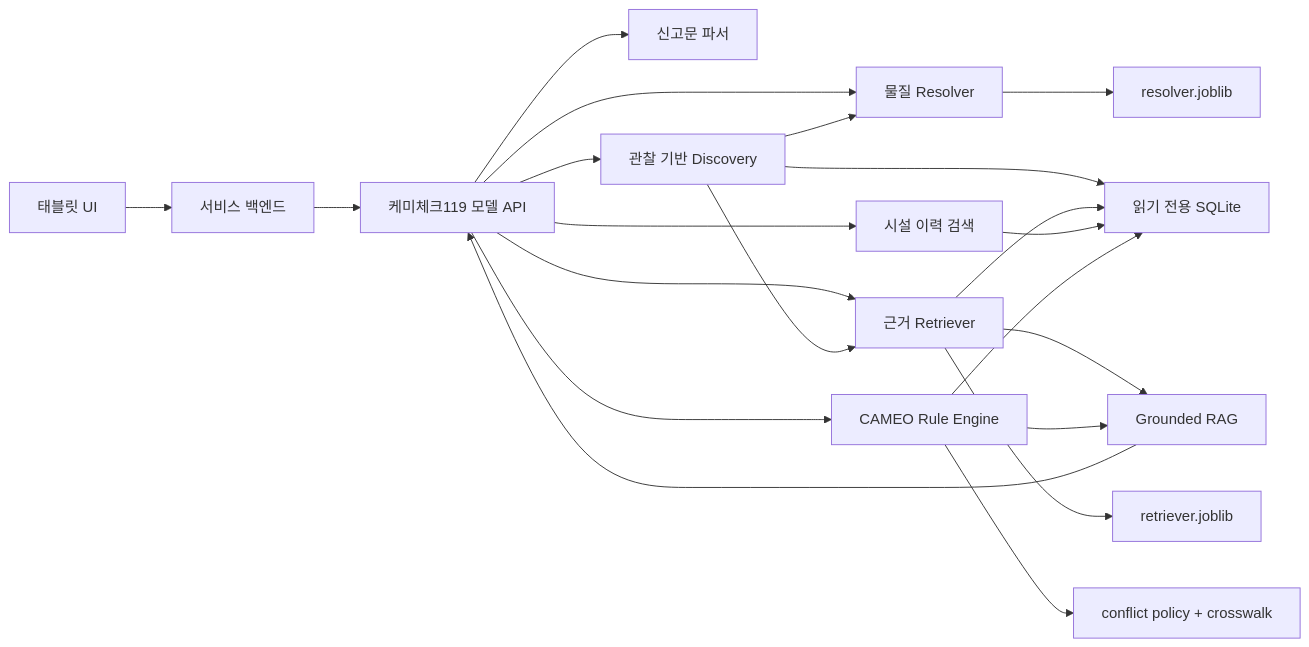
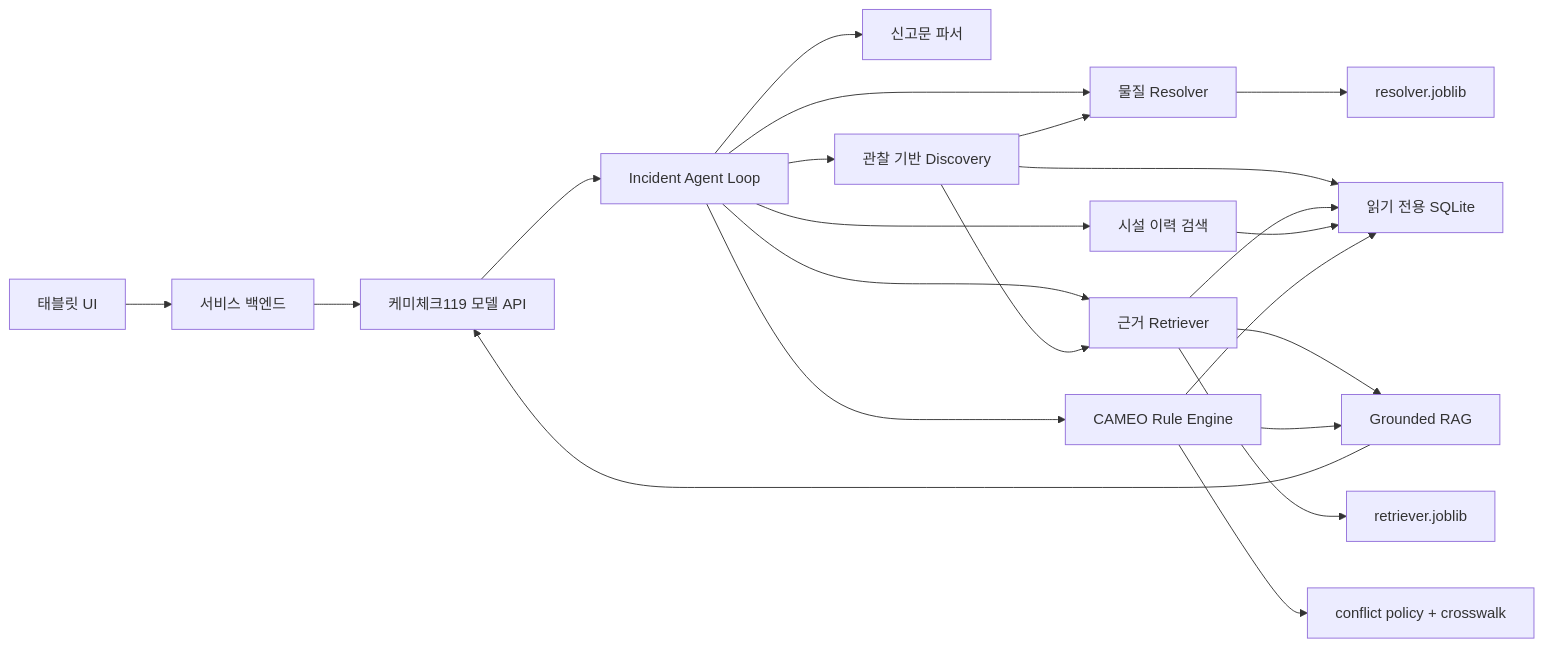
Before and after one commit to chemicheck119-lab/analysis-engine: the first of 3 diagrams in docs/ARCHITECTURE.md, drawn with Mermaid. The commit also changed other lines of this file and 15 other files, not shown here.

````diff
--- a/docs/ARCHITECTURE.md
+++ b/docs/ARCHITECTURE.md
@@ -40,23 +40,24 @@
 ```mermaid
 flowchart LR
     FE["태블릿 UI"] --> BE["서비스 백엔드"]
     BE --> API["케미체크119 모델 API"]
-    API --> PARSER["신고문 파서"]
-    API --> RESOLVER["물질 Resolver"]
-    API --> DISCOVERY["관찰 기반 Discovery"]
-    API --> RETRIEVER["근거 Retriever"]
-    API --> FACILITY["시설 이력 검색"]
-    API --> RULES["CAMEO Rule Engine"]
+    API --> AGENT["Incident Agent Loop"]
+    AGENT --> PARSER["신고문 파서"]
+    AGENT --> RESOLVER["물질 Resolver"]
+    AGENT --> DISCOVERY["관찰 기반 Discovery"]
+    AGENT --> RETRIEVER["근거 Retriever"]
+    AGENT --> FACILITY["시설 이력 검색"]
+    AGENT --> RULES["CAMEO Rule Engine"]
     RETRIEVER --> RAG["Grounded RAG"]
     RULES --> RAG
     RAG --> API
     RESOLVER --> MODEL["resolver.joblib"]
     DISCOVERY --> DB
     DISCOVERY --> RESOLVER
     DISCOVERY --> RETRIEVER
     RETRIEVER --> SEARCHMODEL["retriever.joblib"]
     RETRIEVER --> DB["읽기 전용 SQLite"]
     FACILITY --> DB
     RULES --> DB
     RULES --> POLICY["conflict policy + crosswalk"]
 ```
````
